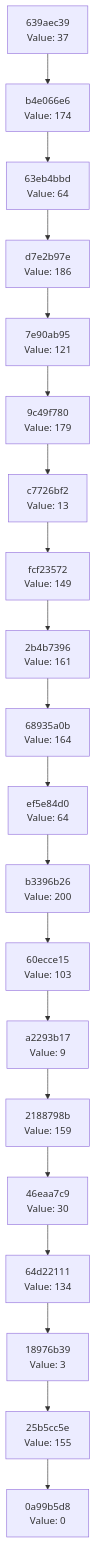
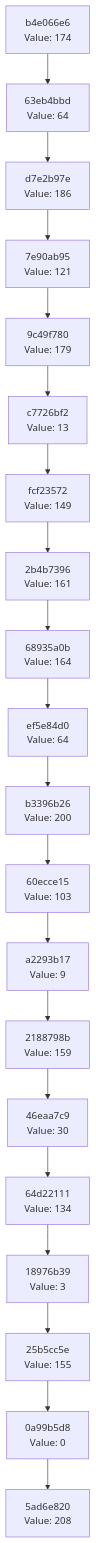
Before and after one commit to Abhisheksinha1506/hash-chain-evolver: the diagram in docs/CHAIN_VISUALIZATION.md, drawn with Mermaid. The commit also changed 2 other files, not shown here.

Commit message:
Evolution step: hash 0xD0 → action executed

````diff
--- a/docs/CHAIN_VISUALIZATION.md
+++ b/docs/CHAIN_VISUALIZATION.md
@@ -3,42 +3,42 @@
 ```mermaid
 graph TD
-    C0["0a99b5d8<br/>Value: 0"]
-    C1["25b5cc5e<br/>Value: 155"]
+    C0["5ad6e820<br/>Value: 208"]
+    C1["0a99b5d8<br/>Value: 0"]
     C1 --> C0
-    C2["18976b39<br/>Value: 3"]
+    C2["25b5cc5e<br/>Value: 155"]
     C2 --> C1
-    C3["64d22111<br/>Value: 134"]
+    C3["18976b39<br/>Value: 3"]
     C3 --> C2
-    C4["46eaa7c9<br/>Value: 30"]
+    C4["64d22111<br/>Value: 134"]
     C4 --> C3
-    C5["2188798b<br/>Value: 159"]
+    C5["46eaa7c9<br/>Value: 30"]
     C5 --> C4
-    C6["a2293b17<br/>Value: 9"]
+    C6["2188798b<br/>Value: 159"]
     C6 --> C5
-    C7["60ecce15<br/>Value: 103"]
+    C7["a2293b17<br/>Value: 9"]
     C7 --> C6
-    C8["b3396b26<br/>Value: 200"]
+    C8["60ecce15<br/>Value: 103"]
     C8 --> C7
-    C9["ef5e84d0<br/>Value: 64"]
+    C9["b3396b26<br/>Value: 200"]
     C9 --> C8
-    C10["68935a0b<br/>Value: 164"]
+    C10["ef5e84d0<br/>Value: 64"]
     C10 --> C9
-    C11["2b4b7396<br/>Value: 161"]
+    C11["68935a0b<br/>Value: 164"]
     C11 --> C10
-    C12["fcf23572<br/>Value: 149"]
+    C12["2b4b7396<br/>Value: 161"]
     C12 --> C11
-    C13["c7726bf2<br/>Value: 13"]
+    C13["fcf23572<br/>Value: 149"]
     C13 --> C12
-    C14["9c49f780<br/>Value: 179"]
+    C14["c7726bf2<br/>Value: 13"]
     C14 --> C13
-    C15["7e90ab95<br/>Value: 121"]
+    C15["9c49f780<br/>Value: 179"]
     C15 --> C14
-    C16["d7e2b97e<br/>Value: 186"]
+    C16["7e90ab95<br/>Value: 121"]
     C16 --> C15
-    C17["63eb4bbd<br/>Value: 64"]
+    C17["d7e2b97e<br/>Value: 186"]
     C17 --> C16
-    C18["b4e066e6<br/>Value: 174"]
+    C18["63eb4bbd<br/>Value: 64"]
     C18 --> C17
-    C19["639aec39<br/>Value: 37"]
+    C19["b4e066e6<br/>Value: 174"]
     C19 --> C18
 ```
````
